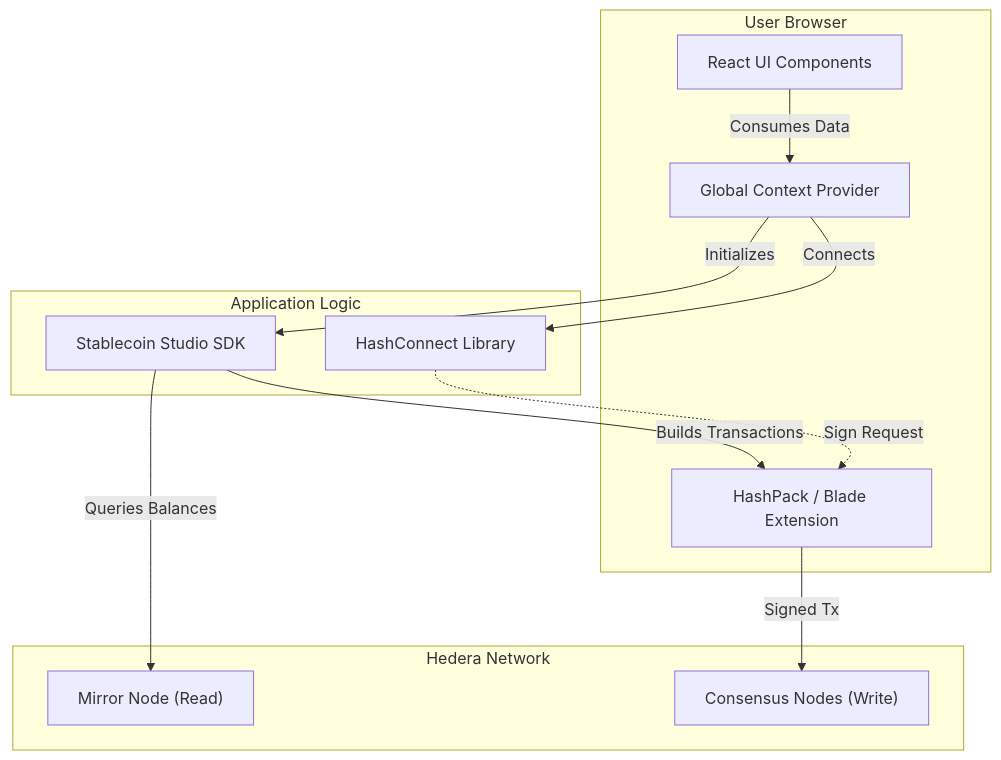
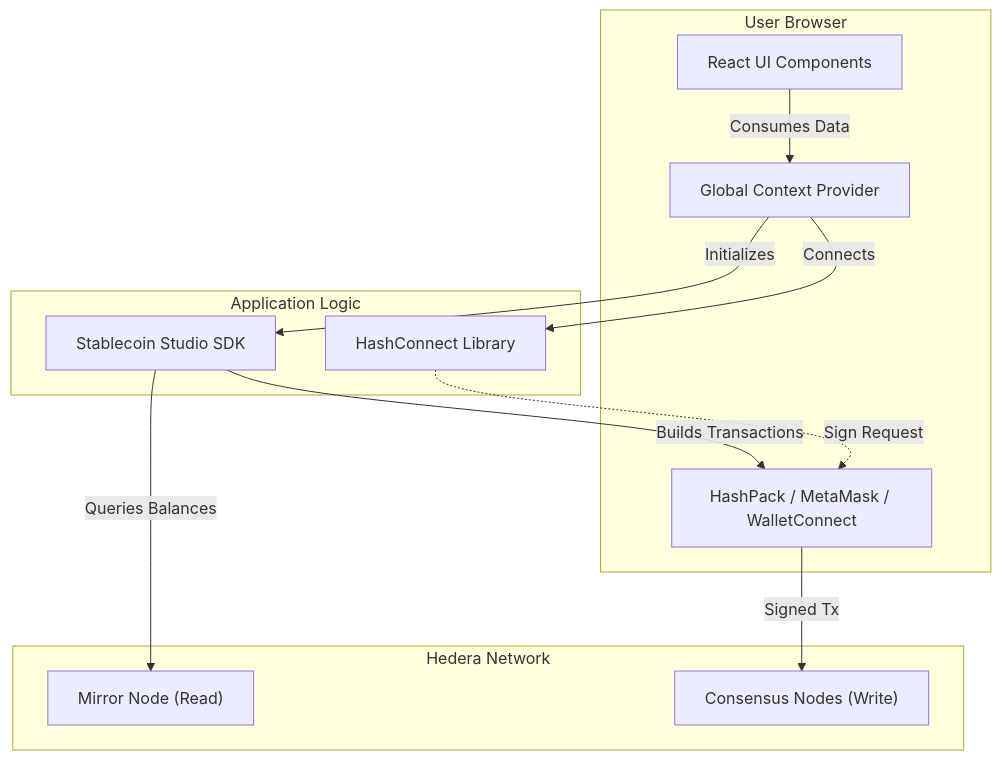
Before and after one commit to hashgraph/stablecoin-studio: the diagram in documentation/web/architecture.md, drawn with Mermaid. The commit also changed other lines of this file and 10 other files, not shown here.

Commit message:
docs: update SDK documentation to reflect pipeline architecture refactor

````diff
--- a/documentation/web/architecture.md
+++ b/documentation/web/architecture.md
@@ -12,28 +12,28 @@
 ```mermaid
 graph TD
     subgraph Browser ["User Browser"]
         UI["React UI Components"]
         Context["Global Context Provider"]
-        WalletExt["HashPack / Blade Extension"]
+        WalletExt["HashPack / MetaMask / WalletConnect"]
     end
 
     subgraph Logic_Layer ["Application Logic"]
         SDK["Stablecoin Studio SDK"]
         HashConnect["HashConnect Library"]
     end
 
     subgraph Network ["Hedera Network"]
         Mirror["Mirror Node (Read)"]
         Consensus["Consensus Nodes (Write)"]
     end
 
     UI -->|Consumes Data| Context
     Context -->|Initializes| SDK
     Context -->|Connects| HashConnect
 
     SDK -->|Queries Balances| Mirror
     SDK -->|Builds Transactions| WalletExt
 
     HashConnect -.->|Sign Request| WalletExt
     WalletExt -->|Signed Tx| Consensus
 ```
````
